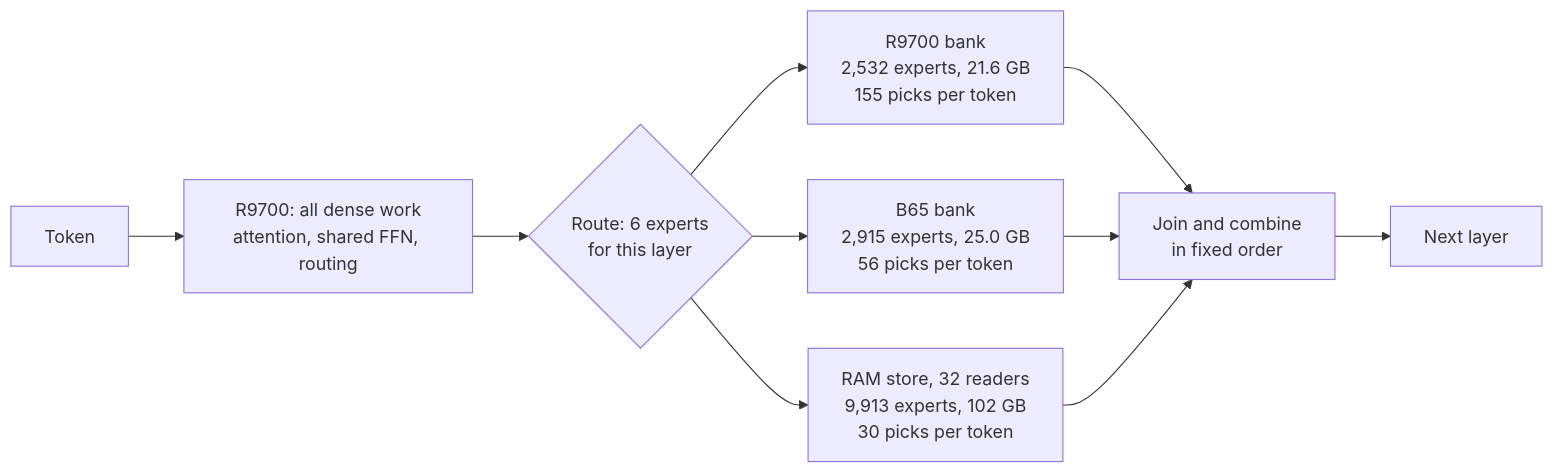
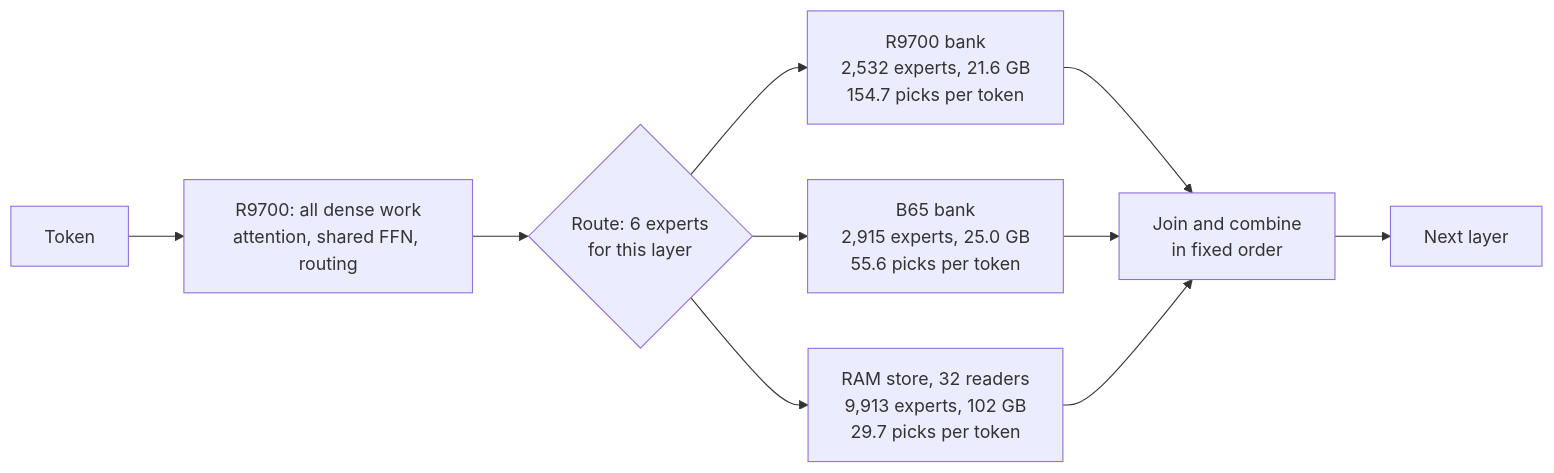
One commit to maddinek/crosslane changed the diagram in README.md. Above: the diagram before and after it, drawn with Mermaid. The commit also changed other lines of this file and 14 other files, not shown here.

````diff
--- a/README.md
+++ b/README.md
@@ -24,12 +24,12 @@
 ```mermaid
 flowchart LR
     T[Token] --> D["R9700: all dense work<br/>attention, shared FFN, routing"]
     D --> R{"Route: 6 experts<br/>for this layer"}
-    R --> A["R9700 bank<br/>2,532 experts, 21.6 GB<br/>155 picks per token"]
-    R --> B["B65 bank<br/>2,915 experts, 25.0 GB<br/>56 picks per token"]
-    R --> C["RAM store, 32 readers<br/>9,913 experts, 102 GB<br/>30 picks per token"]
+    R --> A["R9700 bank<br/>2,532 experts, 21.6 GB<br/>154.7 picks per token"]
+    R --> B["B65 bank<br/>2,915 experts, 25.0 GB<br/>55.6 picks per token"]
+    R --> C["RAM store, 32 readers<br/>9,913 experts, 102 GB<br/>29.7 picks per token"]
     A --> J["Join and combine<br/>in fixed order"]
     B --> J
     C --> J
     J --> N[Next layer]
 ```
````
